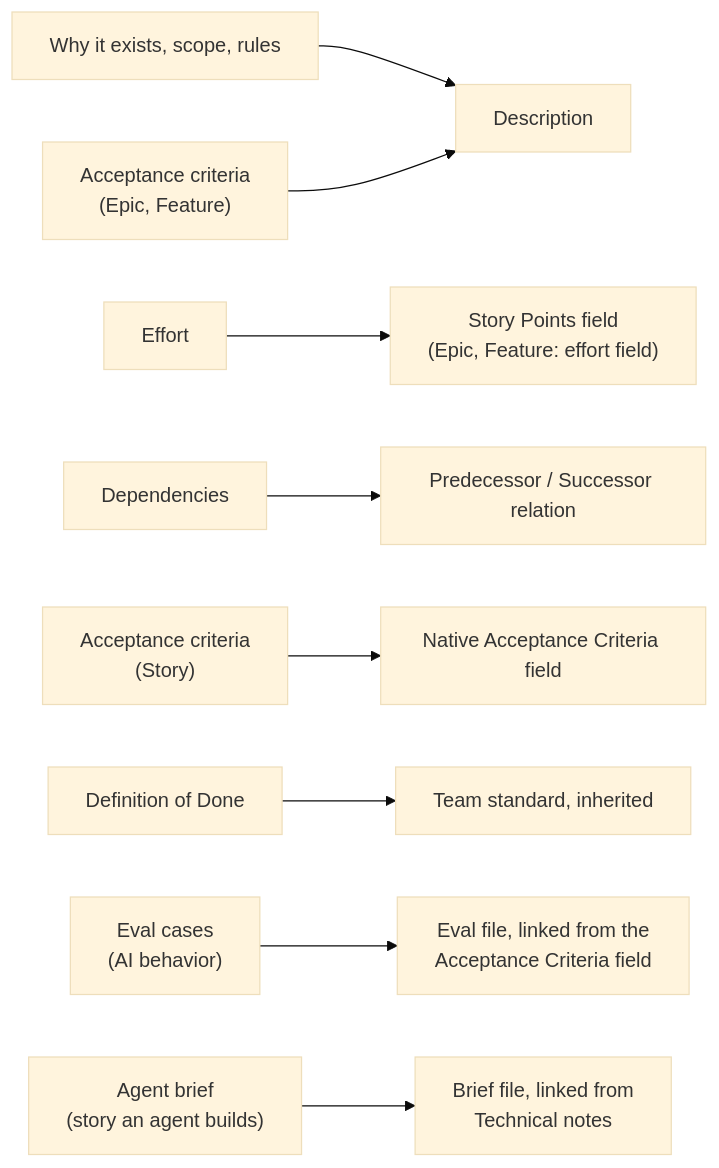
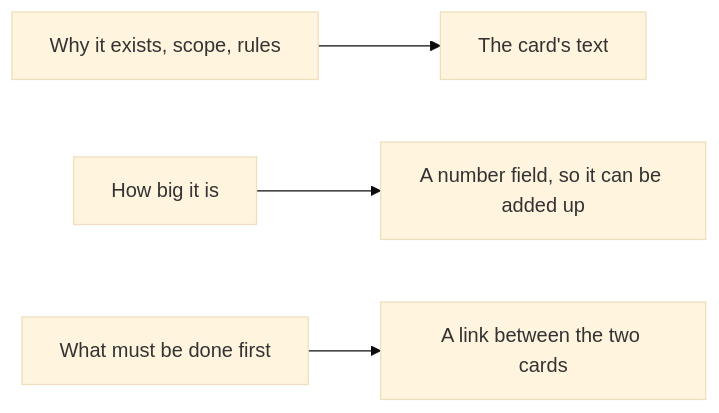
Before and after one commit to Benyoumen/backlog-writing-system: the second of 3 diagrams in docs/hierarchy.md, drawn with Mermaid (base theme). The commit also changed other lines of this file and 32 other files, not shown here.

First line of the commit message:
Prioritization: Now / Next / Later, ROI impact and the enabling chain; capacity simulation; spec preview; plain-word diagrams

````diff
--- a/docs/hierarchy.md
+++ b/docs/hierarchy.md
@@ -32,11 +32,6 @@
 ```mermaid
 flowchart LR
-    A["Why it exists, scope, rules"] --> D["Description"]
-    B["Effort"] --> P["Story Points field<br/>(Epic, Feature: effort field)"]
-    C["Dependencies"] --> R["Predecessor / Successor relation"]
-    G["Acceptance criteria<br/>(Story)"] --> N["Native Acceptance Criteria field"]
-    H["Acceptance criteria<br/>(Epic, Feature)"] --> D
-    I["Definition of Done"] --> T["Team standard, inherited"]
-    J["Eval cases<br/>(AI behavior)"] --> V["Eval file, linked from the<br/>Acceptance Criteria field"]
-    K["Agent brief<br/>(story an agent builds)"] --> W["Brief file, linked from<br/>Technical notes"]
+    A["Why it exists, scope, rules"] --> D["The card's text"]
+    B["How big it is"] --> P["A number field, so it can be added up"]
+    C["What must be done first"] --> R["A link between the two cards"]
 ```
````
